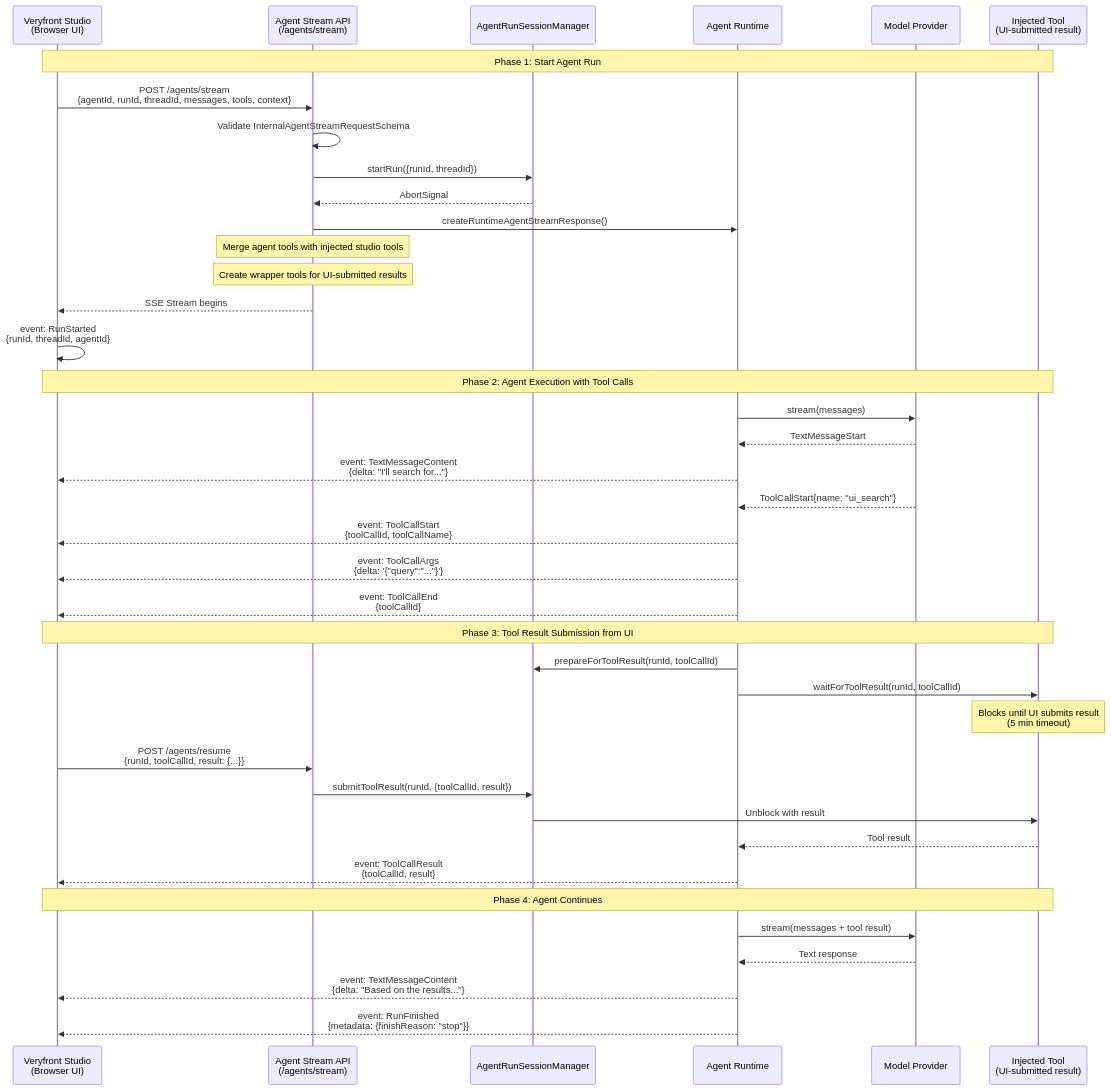
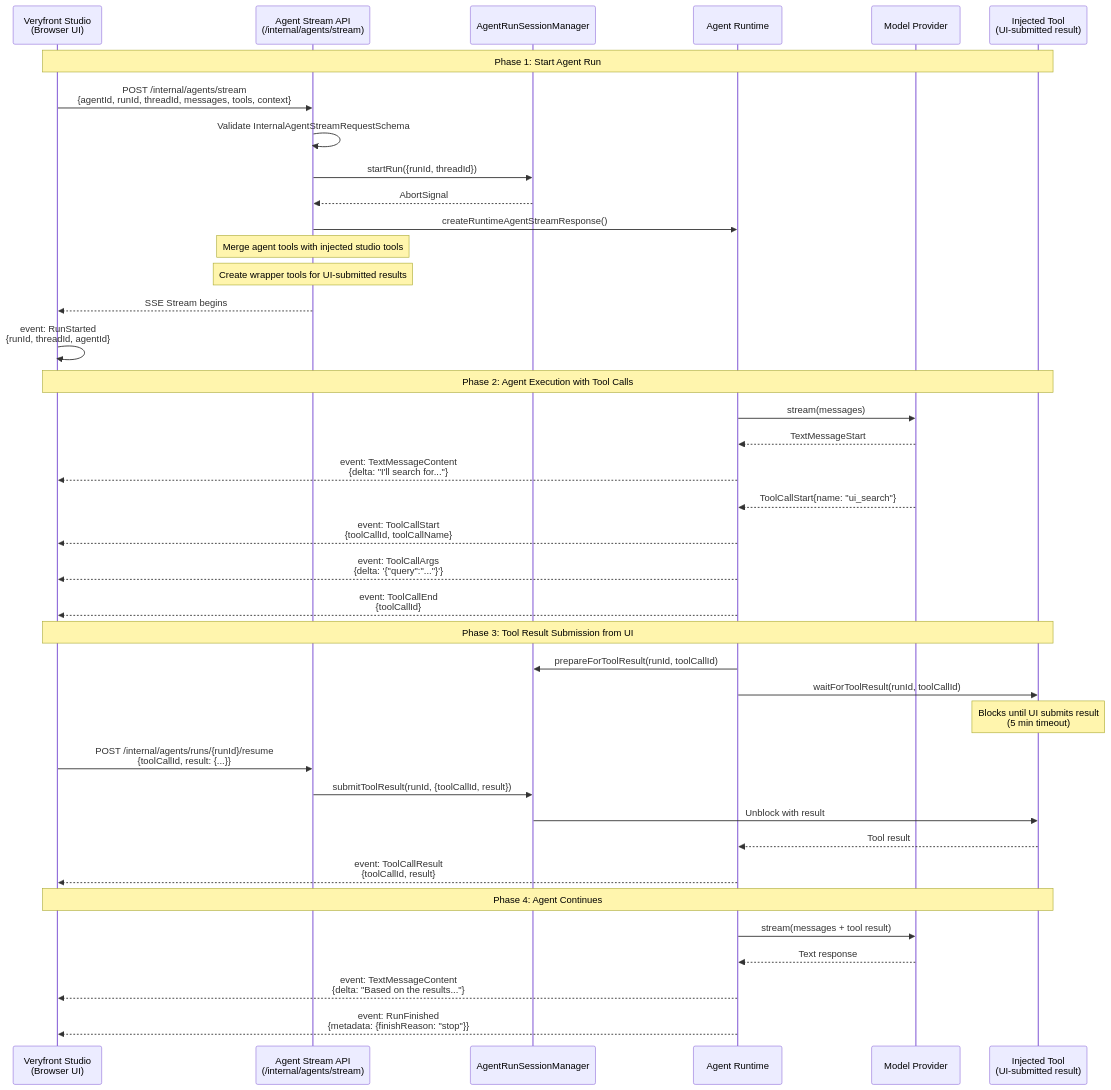
Before and after one commit to veryfront/veryfront-code: the third of 5 diagrams in docs/architecture/04-mcp-servers.md, drawn with Mermaid. The commit also changed other lines of this file and 28 other files, not shown here.

````diff
--- a/docs/architecture/04-mcp-servers.md
+++ b/docs/architecture/04-mcp-servers.md
@@ -157,50 +157,50 @@
 ```mermaid
 sequenceDiagram
     participant Studio as Veryfront Studio<br/>(Browser UI)
-    participant API as Agent Stream API<br/>(/agents/stream)
+    participant API as Agent Stream API<br/>(/internal/agents/stream)
     participant SessionMgr as AgentRunSessionManager
     participant Runtime as Agent Runtime
     participant Provider as Model Provider
     participant InjectedTool as Injected Tool<br/>(UI-submitted result)
 
     Note over Studio,InjectedTool: Phase 1: Start Agent Run
-    Studio->>API: POST /agents/stream<br/>{agentId, runId, threadId, messages, tools, context}
+    Studio->>API: POST /internal/agents/stream<br/>{agentId, runId, threadId, messages, tools, context}
     API->>API: Validate InternalAgentStreamRequestSchema
     API->>SessionMgr: startRun({runId, threadId})
     SessionMgr-->>API: AbortSignal
 
     API->>Runtime: createRuntimeAgentStreamResponse()
     Note over API: Merge agent tools with injected studio tools
     Note over API: Create wrapper tools for UI-submitted results
 
     API-->>Studio: SSE Stream begins
     Studio->>Studio: event: RunStarted<br/>{runId, threadId, agentId}
 
     Note over Studio,InjectedTool: Phase 2: Agent Execution with Tool Calls
     Runtime->>Provider: stream(messages)
     Provider-->>Runtime: TextMessageStart
     Runtime-->>Studio: event: TextMessageContent<br/>{delta: "I'll search for..."}
 
     Provider-->>Runtime: ToolCallStart{name: "ui_search"}
     Runtime-->>Studio: event: ToolCallStart<br/>{toolCallId, toolCallName}
     Runtime-->>Studio: event: ToolCallArgs<br/>{delta: '{"query":"..."}'}
     Runtime-->>Studio: event: ToolCallEnd<br/>{toolCallId}
 
     Note over Studio,InjectedTool: Phase 3: Tool Result Submission from UI
     Runtime->>SessionMgr: prepareForToolResult(runId, toolCallId)
     Runtime->>InjectedTool: waitForToolResult(runId, toolCallId)
     Note over InjectedTool: Blocks until UI submits result<br/>(5 min timeout)
 
-    Studio->>API: POST /agents/resume<br/>{runId, toolCallId, result: {...}}
+    Studio->>API: POST /internal/agents/runs/{runId}/resume<br/>{toolCallId, result: {...}}
     API->>SessionMgr: submitToolResult(runId, {toolCallId, result})
     SessionMgr->>InjectedTool: Unblock with result
 
     InjectedTool-->>Runtime: Tool result
     Runtime-->>Studio: event: ToolCallResult<br/>{toolCallId, result}
 
     Note over Studio,InjectedTool: Phase 4: Agent Continues
     Runtime->>Provider: stream(messages + tool result)
     Provider-->>Runtime: Text response
     Runtime-->>Studio: event: TextMessageContent<br/>{delta: "Based on the results..."}
     Runtime-->>Studio: event: RunFinished<br/>{metadata: {finishReason: "stop"}}
 ```
````
